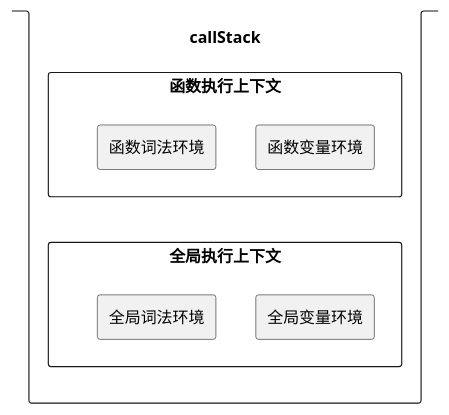
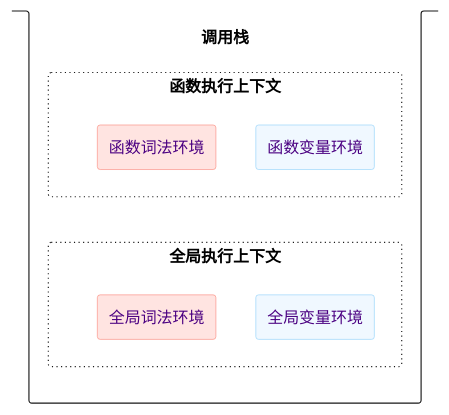
The third of 11 diagrams in source/_posts/浏览器工作原理——Javascript执行机制.md (HelenZhangLP/blog), drawn with PlantUML before and after one commit. The commit also changed other lines of this file and 122 other files, not shown here.

```diff
--- a/source/_posts/浏览器工作原理——Javascript执行机制.md
+++ b/source/_posts/浏览器工作原理——Javascript执行机制.md
@@ -136,19 +165,14 @@
 {% plantuml %}
-<style>
-arrow {
-    LineColor transparent
-}
-</style>
-stack callStack {
-  rectangle "函数执行上下文" {
-    rectangle "函数变量环境"
-    rectangle "函数词法环境"
+stack 调用栈 {
+  rectangle "函数执行上下文" #line.dotted {
+    rectangle "函数变量环境" #aliceBlue;text:indigo;line:LightSkyBlue
+    rectangle "函数词法环境" #MistyRose;text:indigo;line:Salmon
   }
-  rectangle "全局执行上下文" {
-    rectangle "全局变量环境"
-    rectangle "全局词法环境"
+  rectangle "全局执行上下文" #line.dotted {
+    rectangle "全局变量环境" #aliceBlue;text:indigo;line:LightSkyBlue;
+    rectangle "全局词法环境" #mistyrose;text:indigo;line:salmon
   }
-  函数执行上下文 .. 全局执行上下文
+  函数执行上下文 ..[#transparent] 全局执行上下文
 
 }
 {% endplantuml %}
```
